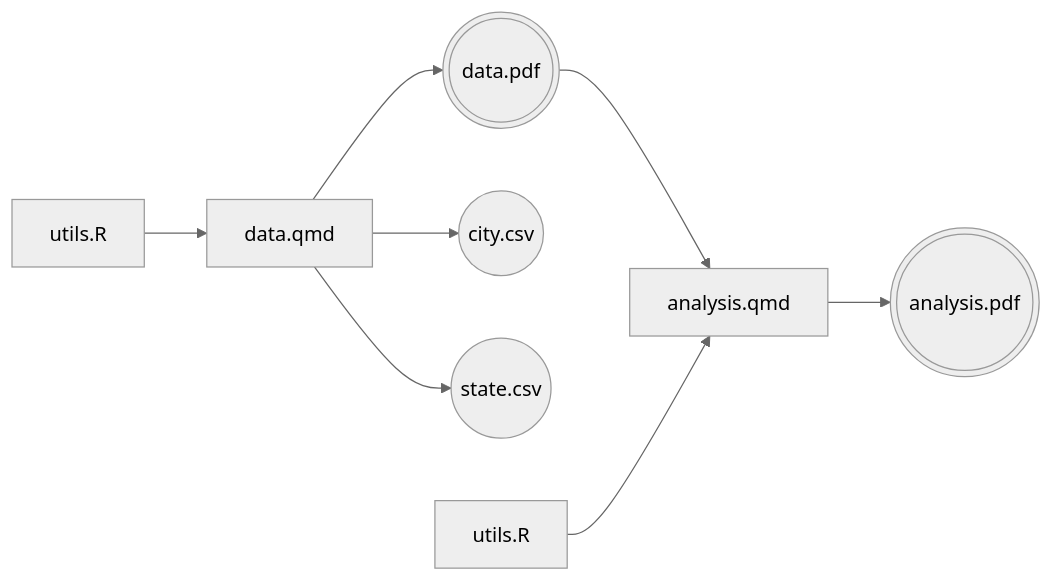
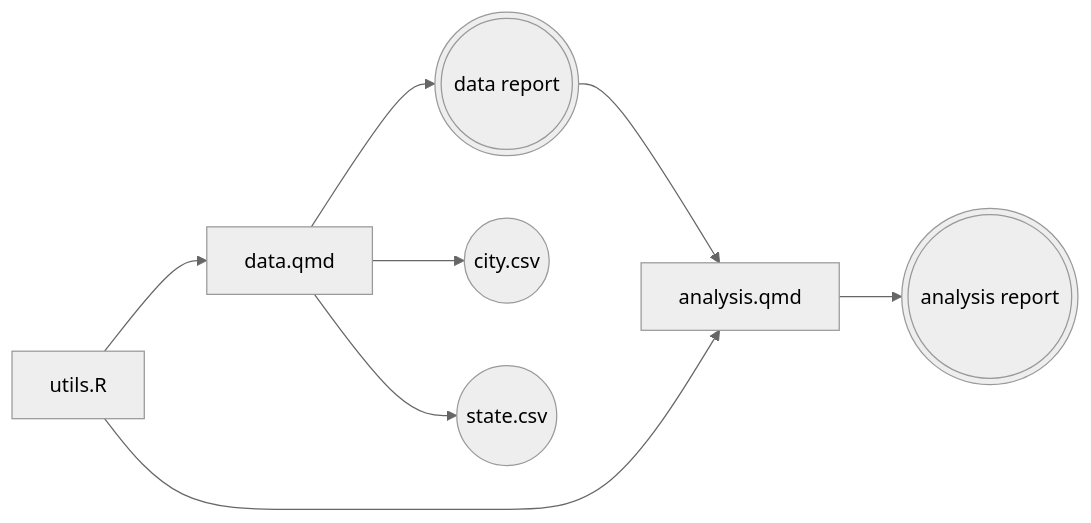
Before and after one commit to recap-org/recap-org.github.io: the third of 4 diagrams in docs/building-with-make.md, drawn with Mermaid (neutral theme). The commit also changed other lines of this file, not shown here.

````diff
--- a/docs/building-with-make.md
+++ b/docs/building-with-make.md
@@ -114,18 +305,18 @@
 ```mermaid
 flowchart LR;
     d[data.qmd]
-    od(((data.pdf)))
+    od(((data report)))
     c((city.csv))
     s((state.csv))
     a[analysis.qmd]
-    oa(((analysis.pdf)))
-    u0[utils.R]
-    u1[utils.R]
-    u0-->d;
-    d-->s;
-    d-->c;
-    d-->od;
-    od-->a;
-    u1-->a;
-    a-->oa;
+    oa(((analysis report)))
+    u[utils.R]
+
+    u --> d
+    d --> c
+    d --> s
+    d --> od
+    od --> a
+    u --> a
+    a --> oa
 ```
````
